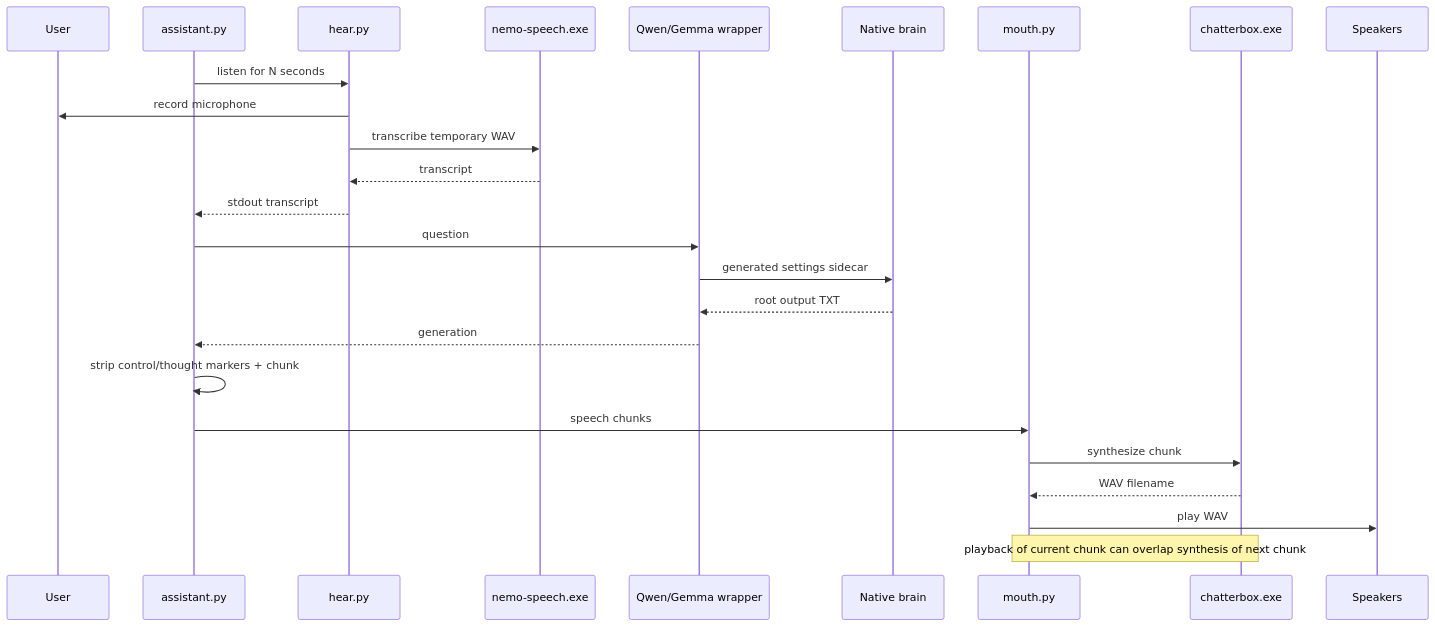
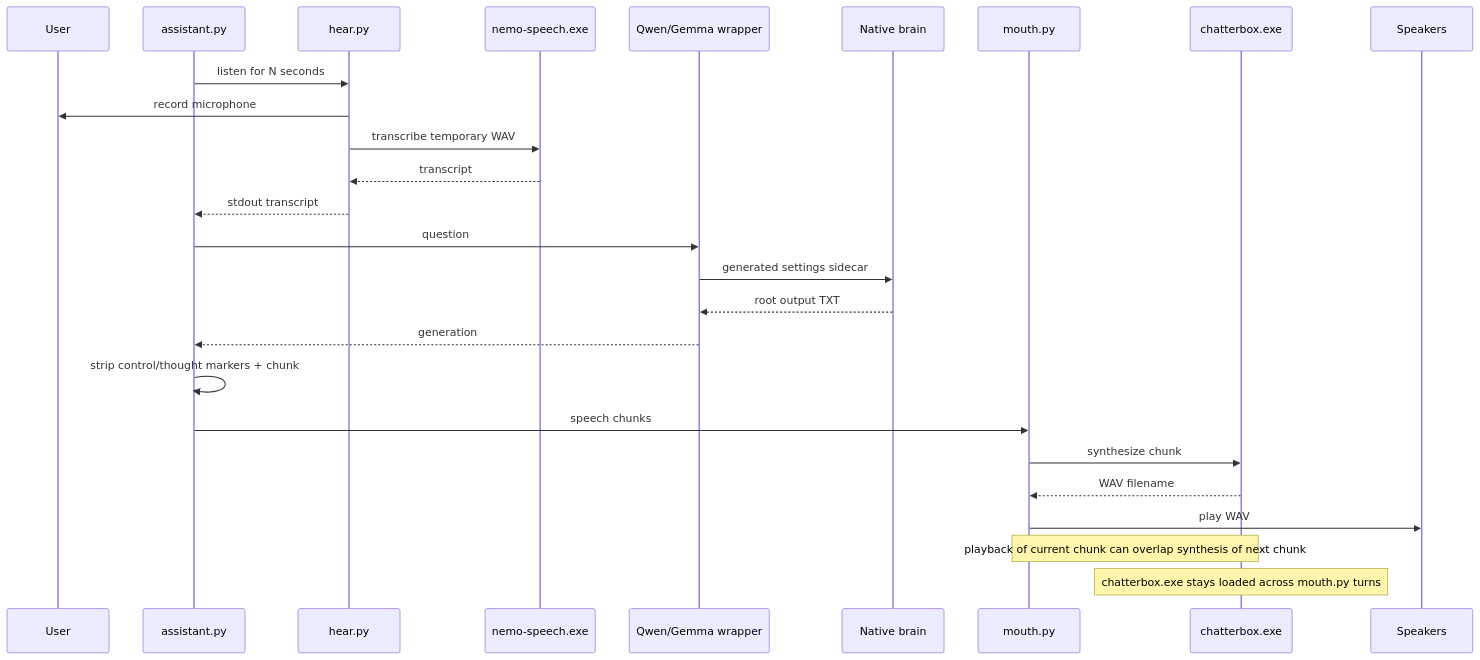
One commit to wgabrys88/Trident changed the sixth of 8 diagrams in README.md. Above: the diagram before and after it, drawn with Mermaid. The commit also changed other lines of this file and 4 other files, not shown here.

First line of the commit message:
Keep chatterbox loaded between mouth turns.

````diff
--- a/README.md
+++ b/README.md
@@ -552,28 +581,29 @@
 ```mermaid
 sequenceDiagram
     participant U as User
     participant A as assistant.py
     participant H as hear.py
     participant N as nemo-speech.exe
     participant B as Qwen/Gemma wrapper
     participant X as Native brain
     participant M as mouth.py
     participant C as chatterbox.exe
     participant S as Speakers
 
     A->>H: listen for N seconds
     H->>U: record microphone
     H->>N: transcribe temporary WAV
     N-->>H: transcript
     H-->>A: stdout transcript
     A->>B: question
     B->>X: generated settings sidecar
     X-->>B: root output TXT
     B-->>A: generation
     A->>A: strip control/thought markers + chunk
     A->>M: speech chunks
     M->>C: synthesize chunk
     C-->>M: WAV filename
     M->>S: play WAV
     Note over M,C: playback of current chunk can overlap synthesis of next chunk
+    Note over C: chatterbox.exe stays loaded across mouth.py turns
 ```
````
